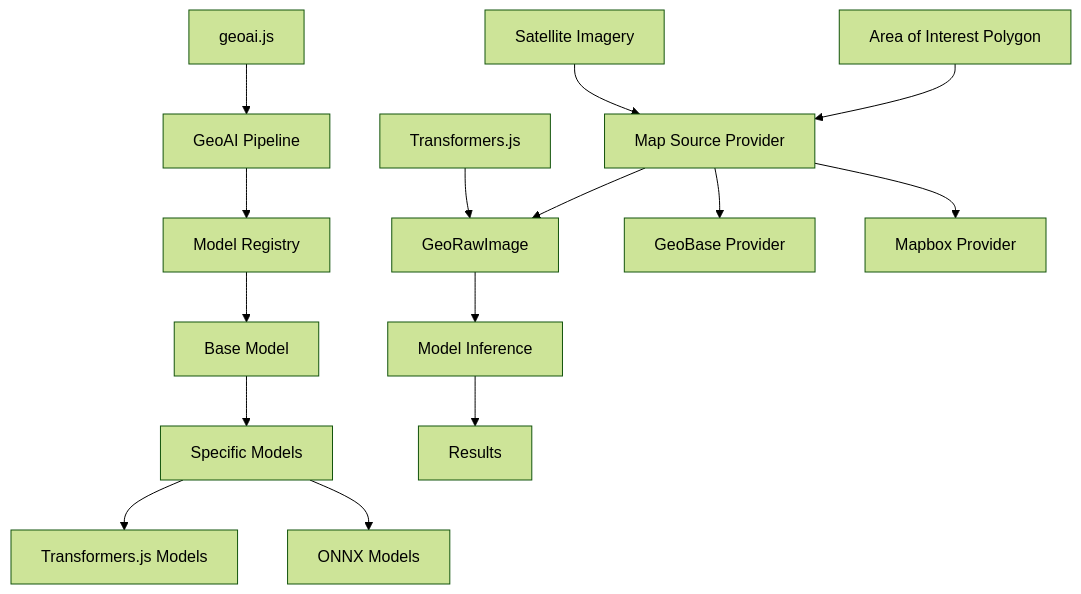
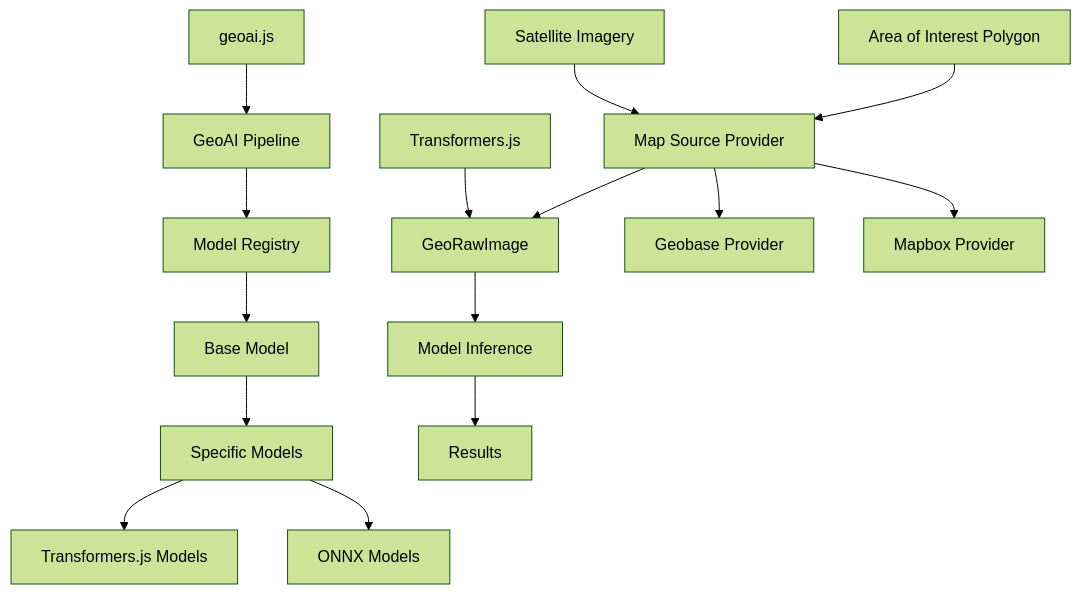
Before and after one commit to own-boldsbrain/geoai.js: the first of 2 diagrams in docs/pages/concepts.mdx, drawn with Mermaid (forest theme). The commit also changed other lines of this file and 6 other files, not shown here.

Commit message:
GeoBase => Geobase

````diff
--- a/docs/pages/concepts.mdx
+++ b/docs/pages/concepts.mdx
@@ -19,26 +19,26 @@
 ```mermaid
 graph TD
     %% Core Library Structure
     A[geoai.js] --> B[GeoAI Pipeline]
     B --> C[Model Registry]
     C --> D[Base Model]
     D --> E[Specific Models]
     
     %% Data Flow
     F[Area of Interest Polygon] --> G[Map Source Provider]
     G --> H[GeoRawImage]
     H --> I[Model Inference]
     I --> J[Results]
     
     %% Provider System
-    G --> K[GeoBase Provider]
+    G --> K[Geobase Provider]
     G --> L[Mapbox Provider]
     
     %% Model Types
     E --> M[Transformers.js Models]
     E --> N[ONNX Models]
     
     %% Extensions
     P[Transformers.js] --> H
     Q[Satellite Imagery] --> G
 ```
````
